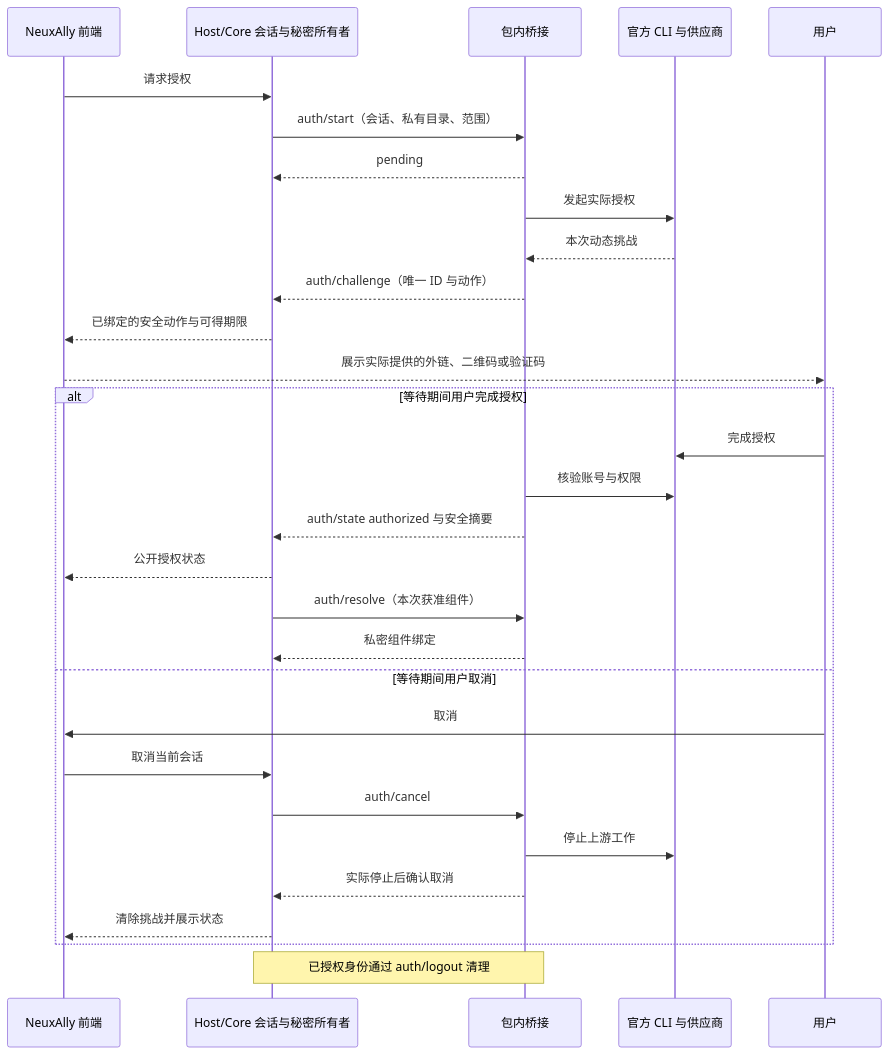
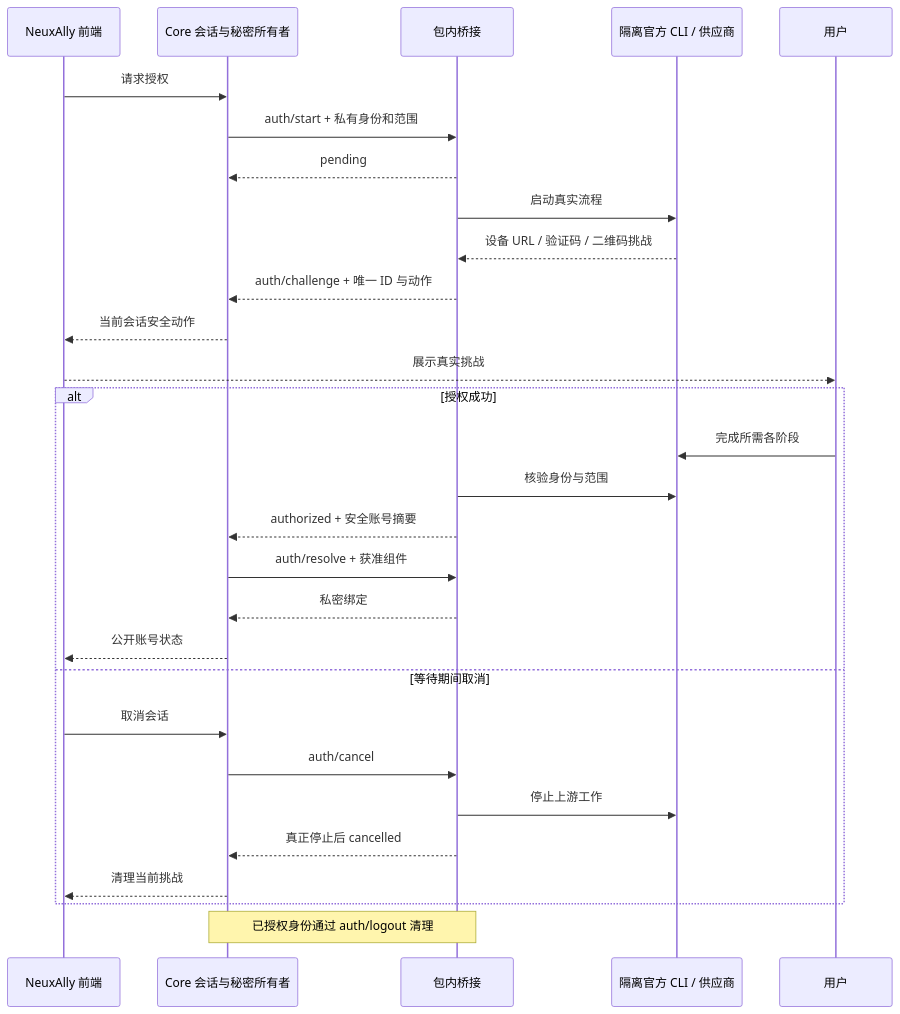
The second of 2 diagrams in README.zh-CN.md (JieWaZi/NeuAally-Plugins), drawn with Mermaid before and after one commit. The commit also changed other lines of this file and 604 other files, not shown here.

````diff
--- a/README.zh-CN.md
+++ b/README.zh-CN.md
@@ -104,32 +56,31 @@
 ```mermaid
 sequenceDiagram
   participant UI as NeuxAlly 前端
-  participant Core as Host/Core 会话与秘密所有者
+  participant Core as Core 会话与秘密所有者
   participant Bridge as 包内桥接
-  participant Provider as 官方 CLI 与供应商
+  participant Vendor as 隔离官方 CLI / 供应商
   participant User as 用户
   UI->>Core: 请求授权
-  Core->>Bridge: auth/start（会话、私有目录、范围）
+  Core->>Bridge: auth/start + 私有身份和范围
   Bridge-->>Core: pending
-  Bridge->>Provider: 发起实际授权
-  Provider-->>Bridge: 本次动态挑战
-  Bridge-->>Core: auth/challenge（唯一 ID 与动作）
-  Core-->>UI: 已绑定的安全动作与可得期限
-  UI-->>User: 展示实际提供的外链、二维码或验证码
-  alt 等待期间用户完成授权
-    User->>Provider: 完成授权
-  Bridge->>Provider: 核验账号与权限
-  Bridge-->>Core: auth/state authorized 与安全摘要
-  Core-->>UI: 公开授权状态
-  Core->>Bridge: auth/resolve（本次获准组件）
-  Bridge-->>Core: 私密组件绑定
-  else 等待期间用户取消
-    User->>UI: 取消
-    UI->>Core: 取消当前会话
+  Bridge->>Vendor: 启动真实流程
+  Vendor-->>Bridge: 设备 URL / 验证码 / 二维码挑战
+  Bridge-->>Core: auth/challenge + 唯一 ID 与动作
+  Core-->>UI: 当前会话安全动作
+  UI-->>User: 展示真实挑战
+  alt 授权成功
+    User->>Vendor: 完成所需各阶段
+    Bridge->>Vendor: 核验身份与范围
+    Bridge-->>Core: authorized + 安全账号摘要
+    Core->>Bridge: auth/resolve + 获准组件
+    Bridge-->>Core: 私密绑定
+    Core-->>UI: 公开账号状态
+  else 等待期间取消
+    UI->>Core: 取消会话
     Core->>Bridge: auth/cancel
-    Bridge->>Provider: 停止上游工作
-    Bridge-->>Core: 实际停止后确认取消
-    Core-->>UI: 清除挑战并展示状态
+    Bridge->>Vendor: 停止上游工作
+    Bridge-->>Core: 真正停止后 cancelled
+    Core-->>UI: 清理当前挑战
   end
   Note over Core,Bridge: 已授权身份通过 auth/logout 清理
 ```
````
